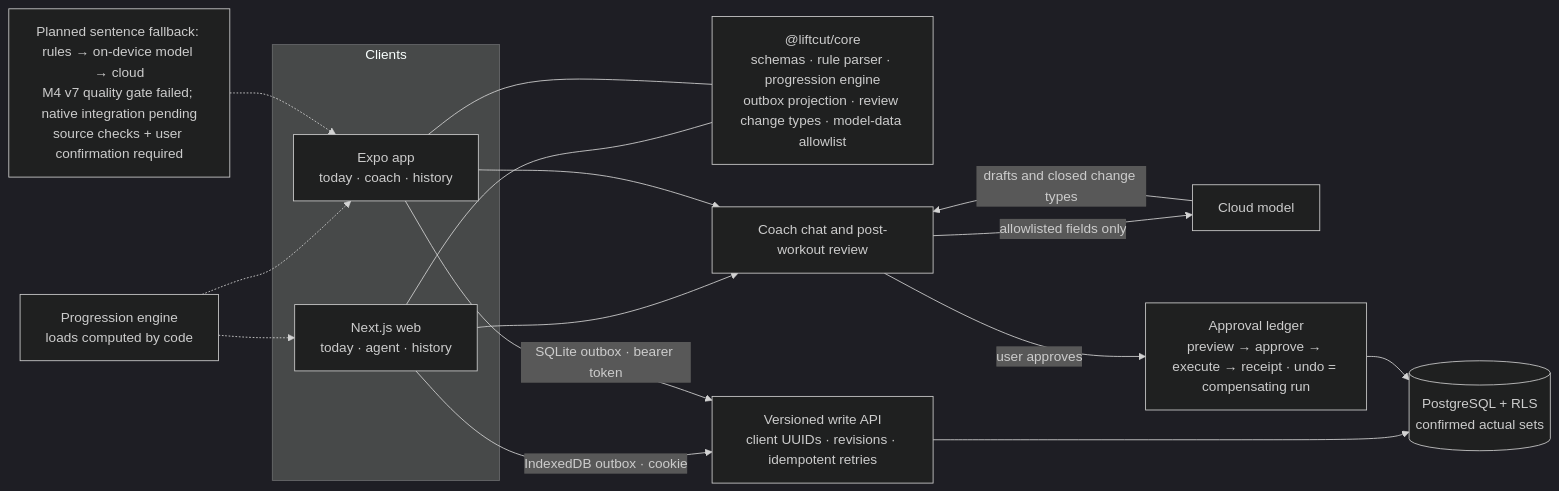
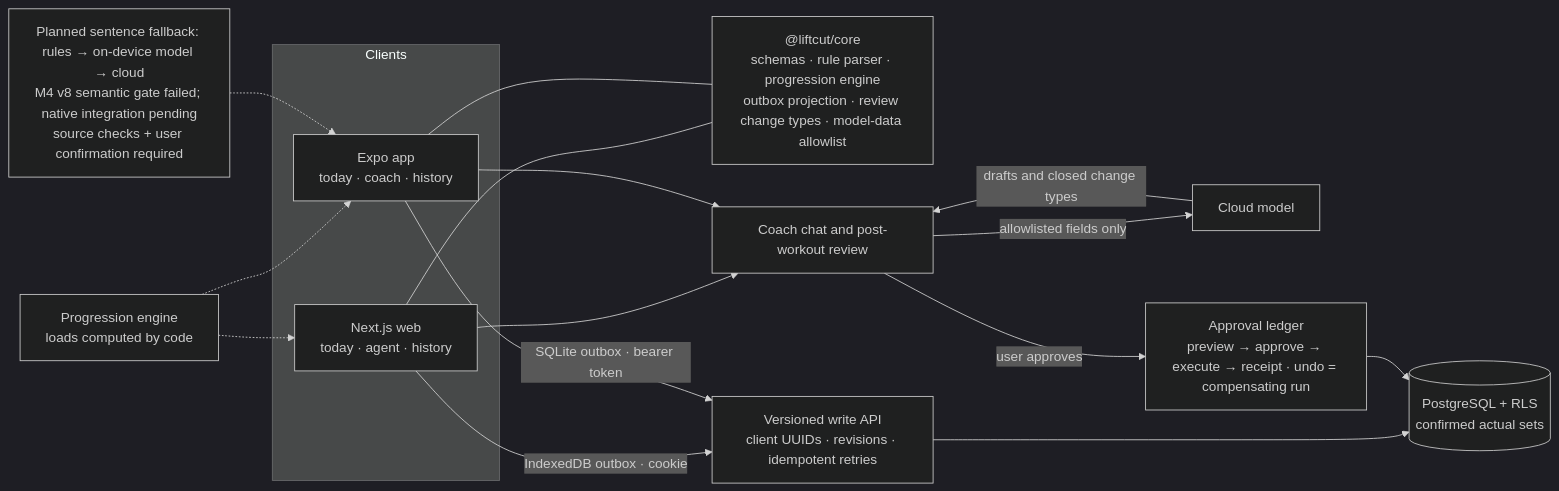
Before and after one commit to Townzc/liftcut-tracker: the second of 2 diagrams in README.md, drawn with Mermaid (dark theme). The commit also changed other lines of this file and 26 other files, not shown here.

````diff
--- a/README.md
+++ b/README.md
@@ -122,21 +122,21 @@
 ```mermaid
 flowchart LR
   subgraph Clients
     Web["Next.js web<br/>today · agent · history"]
     Mobile["Expo app<br/>today · coach · history"]
   end
   Core["@liftcut/core<br/>schemas · rule parser · progression engine<br/>outbox projection · review change types · model-data allowlist"]
   Web --- Core
   Mobile --- Core
   Web -->|"IndexedDB outbox · cookie"| API["Versioned write API<br/>client UUIDs · revisions · idempotent retries"]
   Mobile -->|"SQLite outbox · bearer token"| API
   API --> DB[("PostgreSQL + RLS<br/>confirmed actual sets")]
   Web & Mobile --> Coach["Coach chat and post-workout review"]
   Coach -->|"allowlisted fields only"| Model["Cloud model"]
   Model -->|"drafts and closed change types"| Coach
   Coach -->|"user approves"| Ledger["Approval ledger<br/>preview → approve → execute → receipt · undo = compensating run"]
   Ledger --> DB
   Engine["Progression engine<br/>loads computed by code"] -.-> Web
   Engine -.-> Mobile
-  Parser["Planned sentence fallback: rules → on-device model → cloud<br/>M4 v7 quality gate failed; native integration pending<br/>source checks + user confirmation required"] -.-> Mobile
+  Parser["Planned sentence fallback: rules → on-device model → cloud<br/>M4 v8 semantic gate failed; native integration pending<br/>source checks + user confirmation required"] -.-> Mobile
 ```
````
